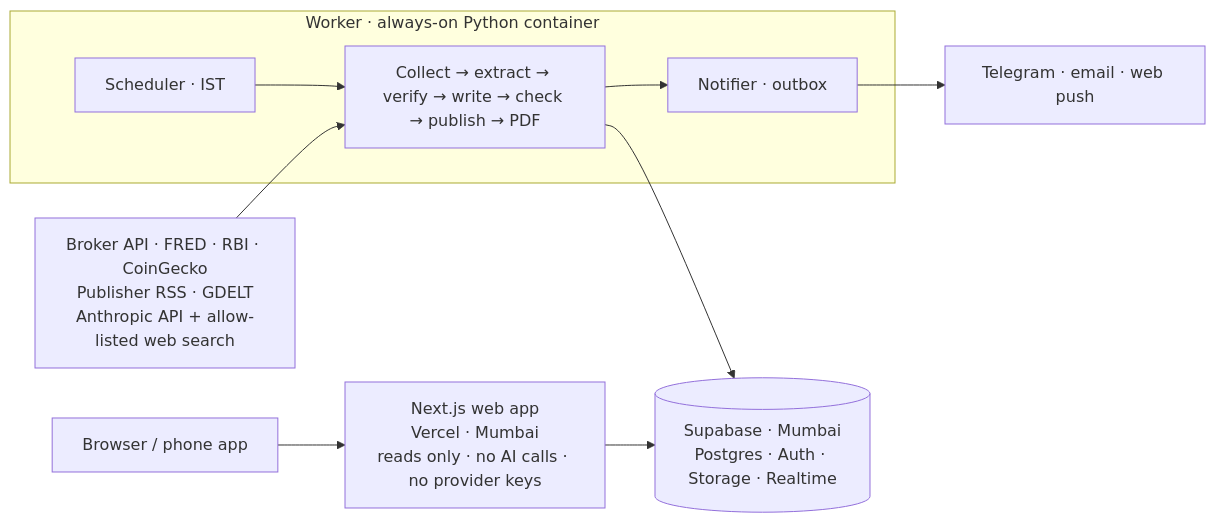
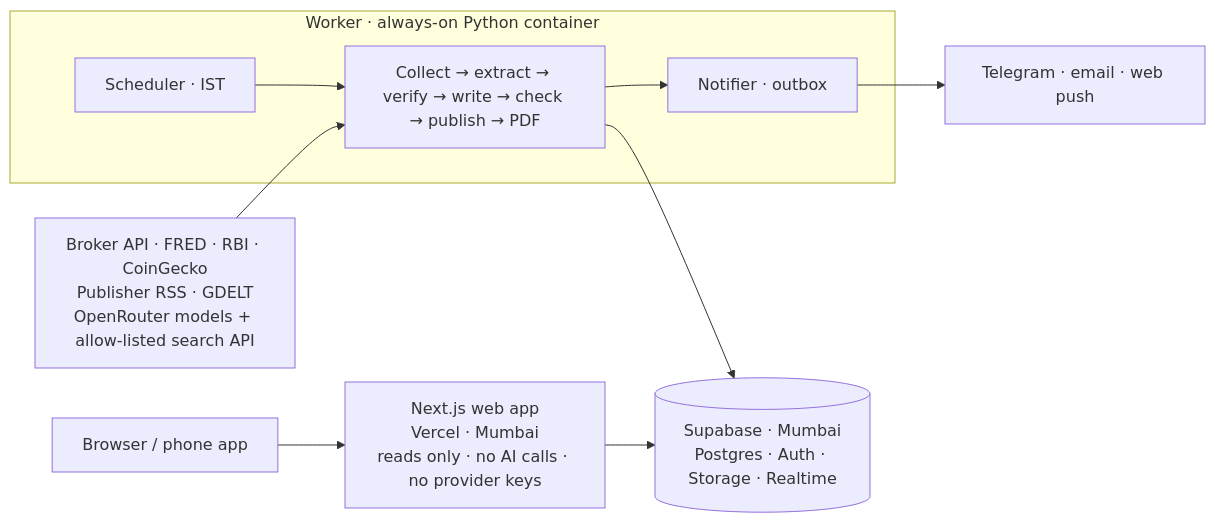
One commit to kunalsmathur-gif/market-intel-console changed the second of 3 diagrams in docs/PRD.md. Above: the diagram before and after it, drawn with Mermaid. The commit also changed other lines of this file and 3 other files, not shown here.

First line of the commit message:
PRD v1.2: choose models per step via an OpenRouter bake-off

````diff
--- a/docs/PRD.md
+++ b/docs/PRD.md
@@ -268,12 +268,12 @@
 ```mermaid
 flowchart LR
   U[Browser / phone app] --> WEB[Next.js web app<br/>Vercel · Mumbai<br/>reads only · no AI calls · no provider keys]
   WEB --> DB[(Supabase · Mumbai<br/>Postgres · Auth · Storage · Realtime)]
   subgraph WORKER[Worker · always-on Python container]
     SCH[Scheduler · IST] --> PIPE[Collect → extract → verify → write → check → publish → PDF]
     PIPE --> OUT[Notifier · outbox]
   end
   PIPE --> DB
-  EXT[Broker API · FRED · RBI · CoinGecko<br/>Publisher RSS · GDELT<br/>Anthropic API + allow-listed web search] --> PIPE
+  EXT[Broker API · FRED · RBI · CoinGecko<br/>Publisher RSS · GDELT<br/>OpenRouter models + allow-listed search API] --> PIPE
   OUT --> TG[Telegram · email · web push]
 ```
````
